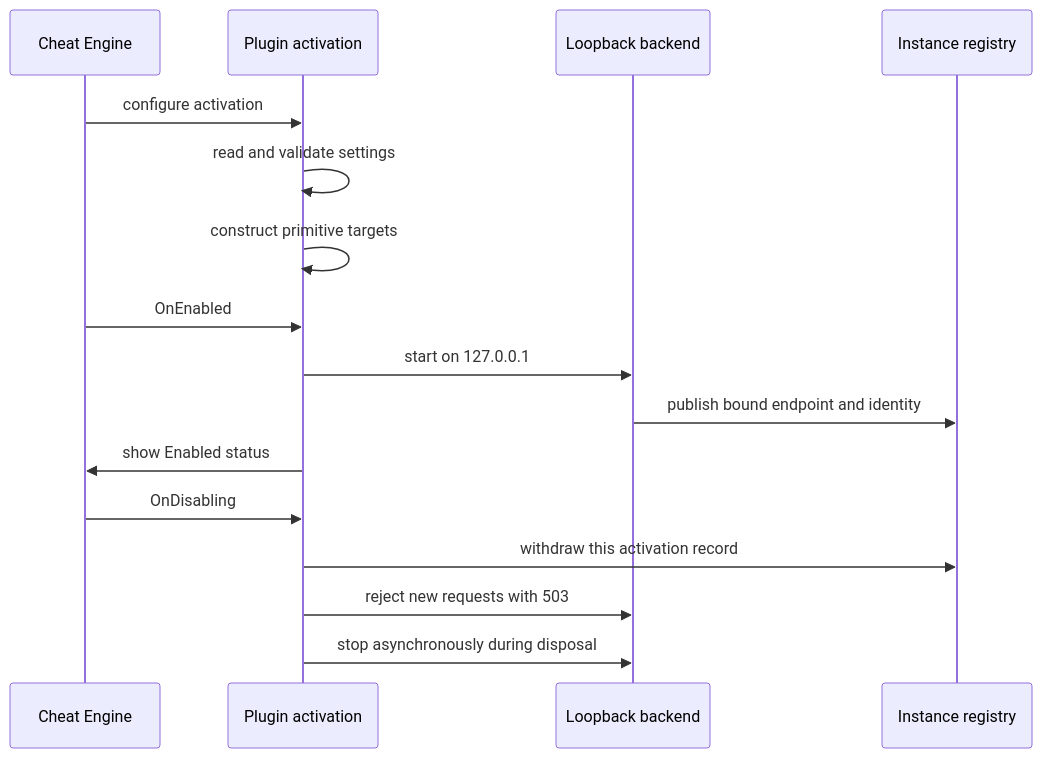
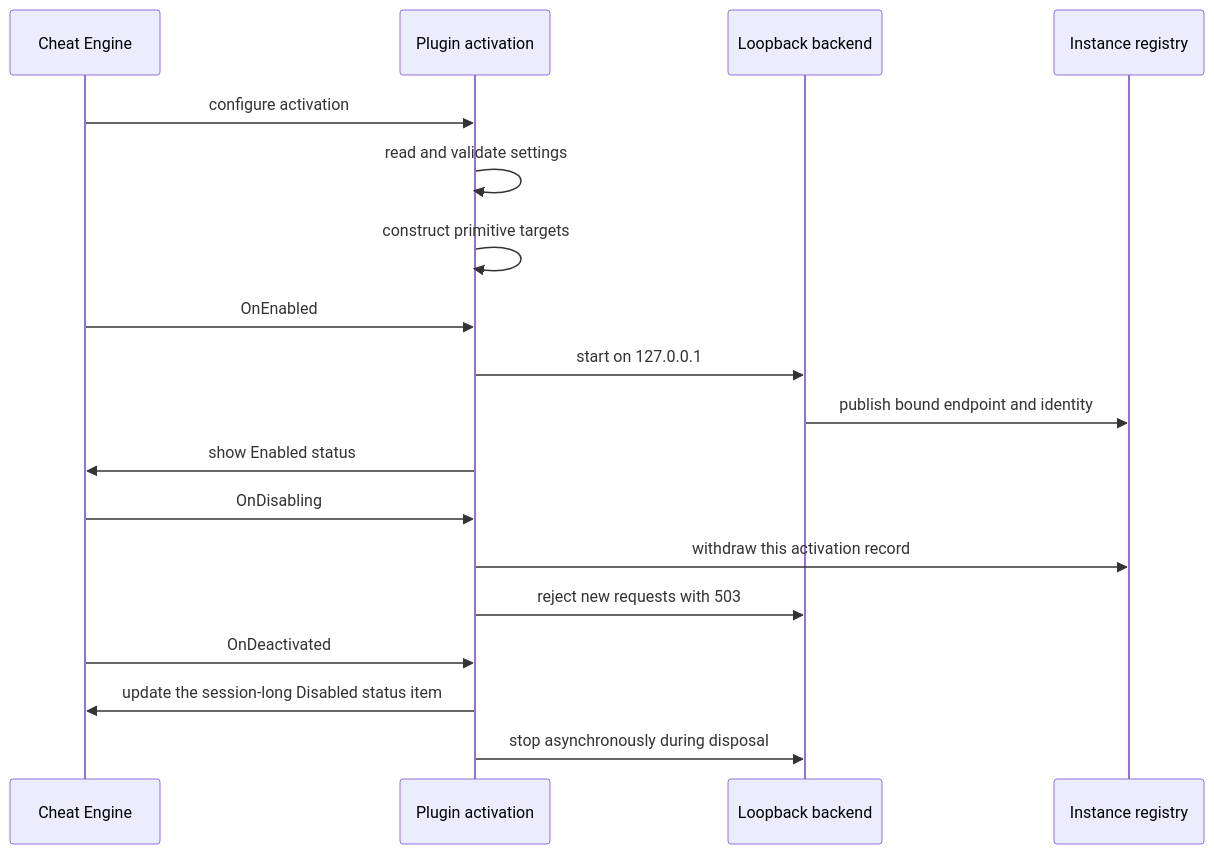
The diagram in srcs/CheatEngine.Mcp.Plugin/README.md (CheatEngineNet/CheatEngine.Mcp), drawn with Mermaid before and after one commit. The commit also changed other lines of this file and 84 other files, not shown here.

````diff
--- a/srcs/CheatEngine.Mcp.Plugin/README.md
+++ b/srcs/CheatEngine.Mcp.Plugin/README.md
@@ -86,18 +86,20 @@
 ```mermaid
 sequenceDiagram
     participant CE as Cheat Engine
     participant Plugin as Plugin activation
     participant Backend as Loopback backend
     participant Registry as Instance registry
     CE->>Plugin: configure activation
     Plugin->>Plugin: read and validate settings
     Plugin->>Plugin: construct primitive targets
     CE->>Plugin: OnEnabled
     Plugin->>Backend: start on 127.0.0.1
     Backend->>Registry: publish bound endpoint and identity
     Plugin->>CE: show Enabled status
     CE->>Plugin: OnDisabling
     Plugin->>Registry: withdraw this activation record
     Plugin->>Backend: reject new requests with 503
+	CE->>Plugin: OnDeactivated
+	Plugin->>CE: update the session-long Disabled status item
     Plugin->>Backend: stop asynchronously during disposal
 ```
````
